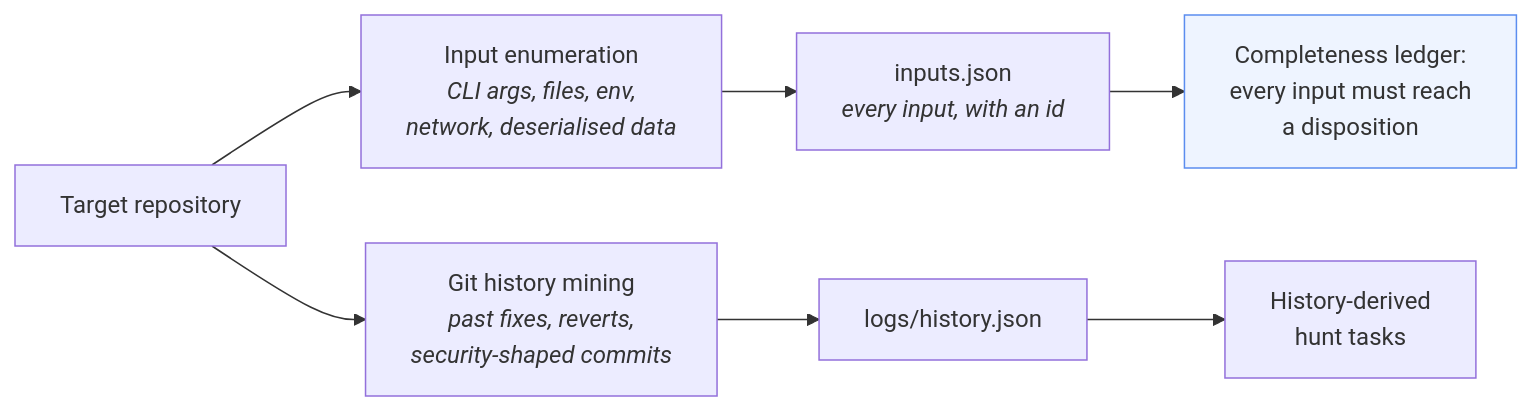
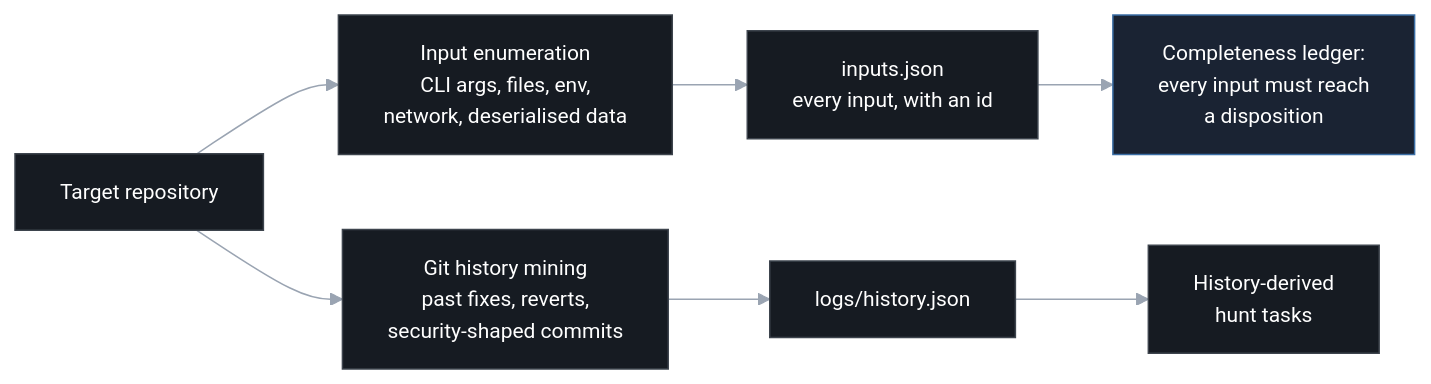
The fifth of 16 diagrams in docs/ARCHITECTURE.md (0xsharz/pyhunt), drawn with Mermaid before and after one commit. The commit also changed other lines of this file and 1 other file, not shown here.

````diff
--- a/docs/ARCHITECTURE.md
+++ b/docs/ARCHITECTURE.md
@@ -188,11 +204,15 @@
 ```mermaid
+%%{init: {"theme":"base","themeVariables":{"background":"#0d1117","primaryColor":"#161b22","primaryTextColor":"#ffffff","primaryBorderColor":"#3d444d","lineColor":"#9aa4b2","secondaryColor":"#1c2128","tertiaryColor":"#21262d","mainBkg":"#161b22","textColor":"#ffffff","nodeTextColor":"#ffffff","edgeLabelBackground":"#161b22","fontSize":"14px"}}}%%
 flowchart LR
-    T["Target repository"] --> E["Input enumeration<br/><i>CLI args, files, env,<br/>network, deserialised data</i>"]
-    T --> H["Git history mining<br/><i>past fixes, reverts,<br/>security-shaped commits</i>"]
-    E --> IJ["inputs.json<br/><i>every input, with an id</i>"]
+    T["Target repository"] --> E["Input enumeration<br/>CLI args, files, env,<br/>network, deserialised data"]
+    T --> H["Git history mining<br/>past fixes, reverts,<br/>security-shaped commits"]
+    E --> IJ["inputs.json<br/>every input, with an id"]
     H --> HJ["logs/history.json"]
     IJ --> LEDGER["Completeness ledger:<br/>every input must reach<br/>a disposition"]
     HJ --> TASKS["History-derived<br/>hunt tasks"]
 
-    style LEDGER fill:#eef4ff,stroke:#5b8def
+    classDef base fill:#161b22,stroke:#3d444d,color:#ffffff
+    classDef key fill:#1a2333,stroke:#3b6ea5,color:#ffffff
+    class T,E,H,IJ,HJ,TASKS base
+    class LEDGER key
 ```
````
